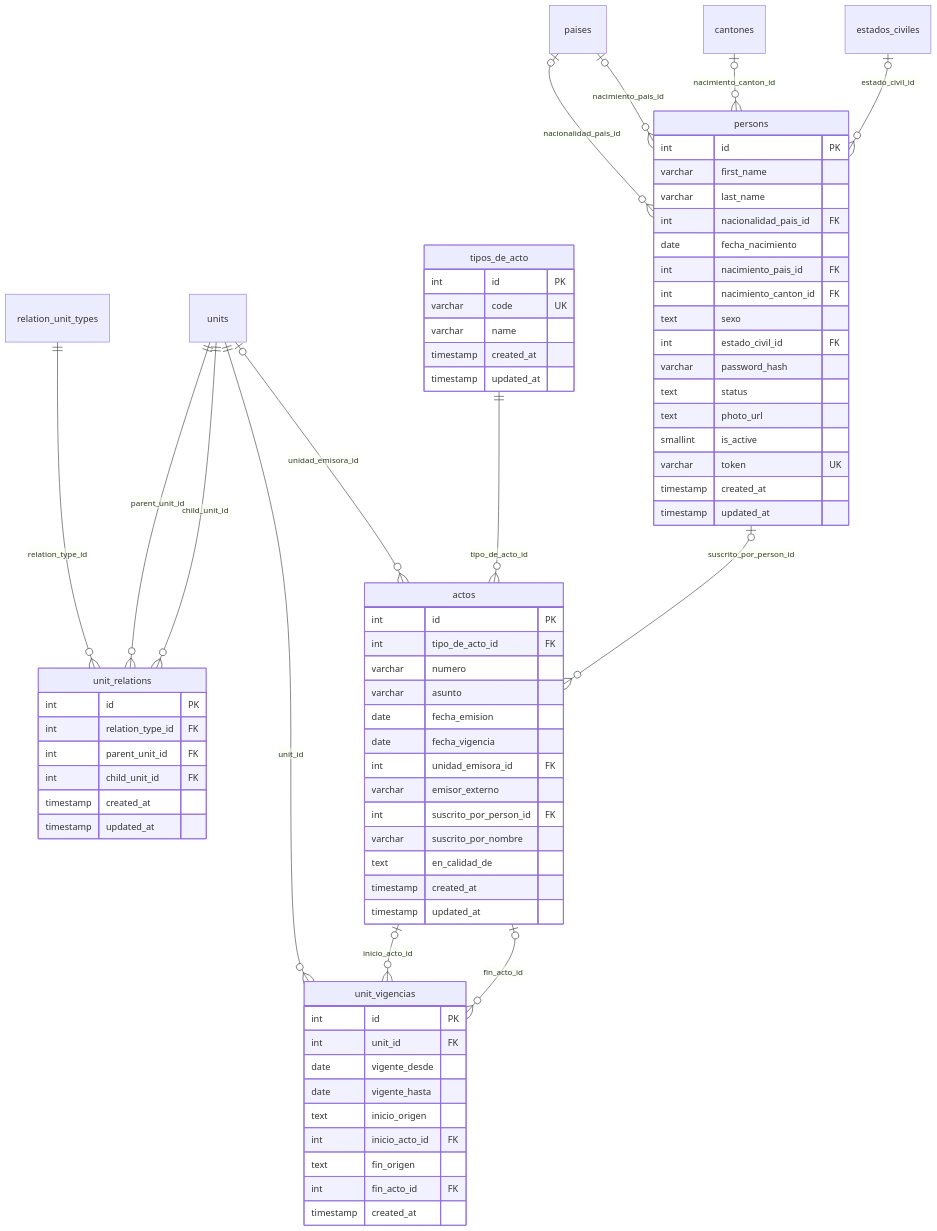
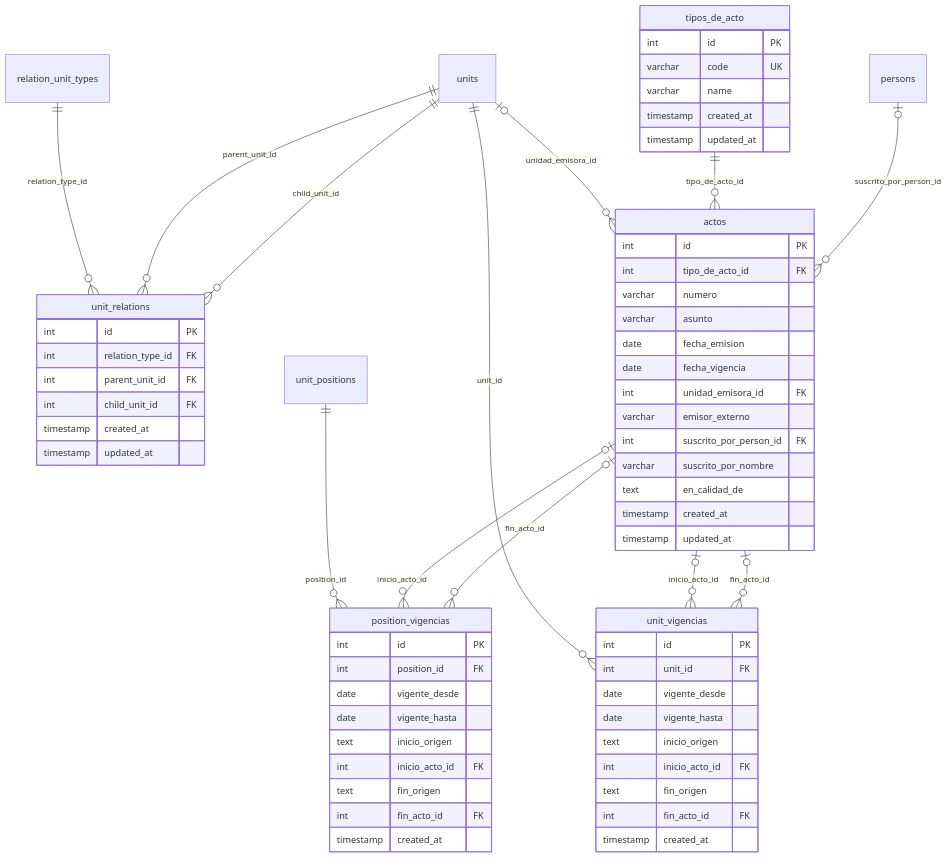
Before and after one commit to fresvel/deasy: the second of 10 diagrams in docs/src/content/docs/modelo/mapa-con-campos.md, drawn with Mermaid. The commit also changed other lines of this file and 40 other files, not shown here.

````diff
--- a/docs/src/content/docs/modelo/mapa-con-campos.md
+++ b/docs/src/content/docs/modelo/mapa-con-campos.md
@@ -110,76 +131,68 @@
 ```mermaid
 erDiagram
   %% generado por scripts/docs/gen-mapa-campos.mjs: no se edita a mano
-  persons {
-    int id PK
-    varchar first_name
-    varchar last_name
-    int nacionalidad_pais_id FK
-    date fecha_nacimiento
-    int nacimiento_pais_id FK
-    int nacimiento_canton_id FK
-    text sexo
-    int estado_civil_id FK
-    varchar password_hash
-    text status
-    text photo_url
-    smallint is_active
-    varchar token UK
-    timestamp created_at
-    timestamp updated_at
-  }
   unit_relations {
     int id PK
     int relation_type_id FK
     int parent_unit_id FK
     int child_unit_id FK
     timestamp created_at
     timestamp updated_at
   }
   unit_vigencias {
     int id PK
     int unit_id FK
+    date vigente_desde
+    date vigente_hasta
+    text inicio_origen
+    int inicio_acto_id FK
+    text fin_origen
+    int fin_acto_id FK
+    timestamp created_at
+  }
+  position_vigencias {
+    int id PK
+    int position_id FK
     date vigente_desde
     date vigente_hasta
     text inicio_origen
     int inicio_acto_id FK
     text fin_origen
     int fin_acto_id FK
     timestamp created_at
   }
   tipos_de_acto {
     int id PK
     varchar code UK
     varchar name
     timestamp created_at
     timestamp updated_at
   }
   actos {
     int id PK
     int tipo_de_acto_id FK
     varchar numero
     varchar asunto
     date fecha_emision
     date fecha_vigencia
     int unidad_emisora_id FK
     varchar emisor_externo
     int suscrito_por_person_id FK
     varchar suscrito_por_nombre
     text en_calidad_de
     timestamp created_at
     timestamp updated_at
   }
   persons |o--o{ actos : "suscrito_por_person_id"
   tipos_de_acto ||--o{ actos : "tipo_de_acto_id"
   units |o--o{ actos : "unidad_emisora_id"
-  estados_civiles |o--o{ persons : "estado_civil_id"
-  cantones |o--o{ persons : "nacimiento_canton_id"
-  paises |o--o{ persons : "nacimiento_pais_id"
-  paises |o--o{ persons : "nacionalidad_pais_id"
+  actos |o--o{ position_vigencias : "fin_acto_id"
+  actos |o--o{ position_vigencias : "inicio_acto_id"
+  unit_positions ||--o{ position_vigencias : "position_id"
   units ||--o{ unit_relations : "child_unit_id"
   units ||--o{ unit_relations : "parent_unit_id"
   relation_unit_types ||--o{ unit_relations : "relation_type_id"
   actos |o--o{ unit_vigencias : "fin_acto_id"
   actos |o--o{ unit_vigencias : "inicio_acto_id"
   units ||--o{ unit_vigencias : "unit_id"
 ```
````
